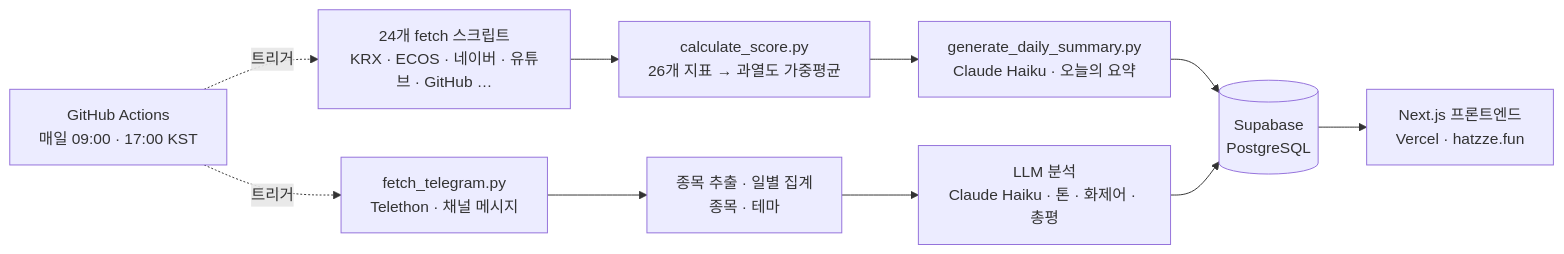
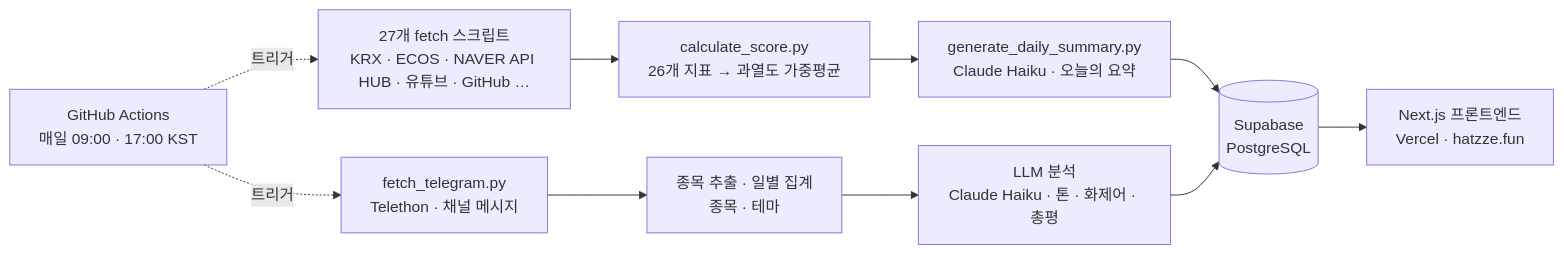
Before and after one commit to fromUIdong/Hatzze: the diagram in README.md, drawn with Mermaid. The commit also changed other lines of this file and 1 other file, not shown here.

First line of the commit message:
README·.env.example 을 NAVER API HUB 이관 후 실제와 맞춤

````diff
--- a/README.md
+++ b/README.md
@@ -57,12 +57,12 @@
 ```mermaid
 flowchart LR
-    A["24개 fetch 스크립트<br/>KRX · ECOS · 네이버 · 유튜브 · GitHub …"] --> B["calculate_score.py<br/>26개 지표 → 과열도 가중평균"]
+    A["27개 fetch 스크립트<br/>KRX · ECOS · NAVER API HUB · 유튜브 · GitHub …"] --> B["calculate_score.py<br/>26개 지표 → 과열도 가중평균"]
     B --> C["generate_daily_summary.py<br/>Claude Haiku · 오늘의 요약"]
     C --> D[("Supabase<br/>PostgreSQL")]
     T1["fetch_telegram.py<br/>Telethon · 채널 메시지"] --> T2["종목 추출 · 일별 집계<br/>종목 · 테마"]
     T2 --> T3["LLM 분석<br/>Claude Haiku · 톤 · 화제어 · 총평"]
     T3 --> D
     D --> E["Next.js 프론트엔드<br/>Vercel · hatzze.fun"]
     G["GitHub Actions<br/>매일 09:00 · 17:00 KST"] -.->|트리거| A
     G -.->|트리거| T1
 ```
````
